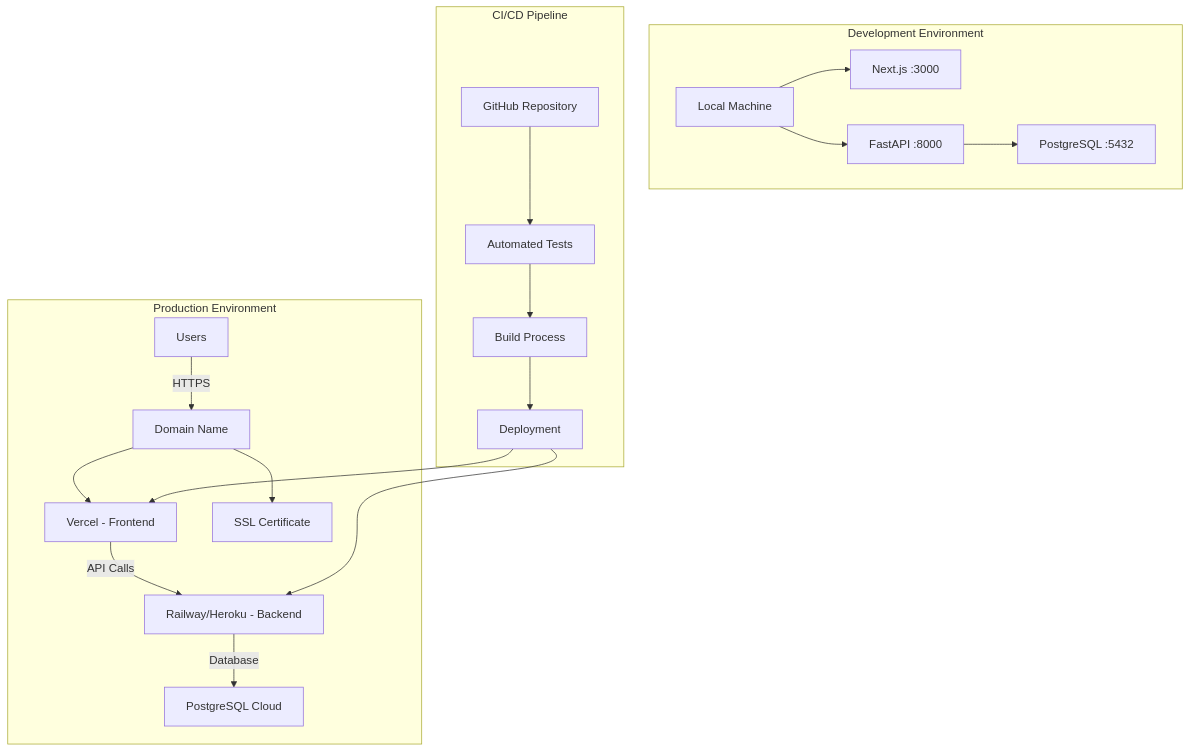
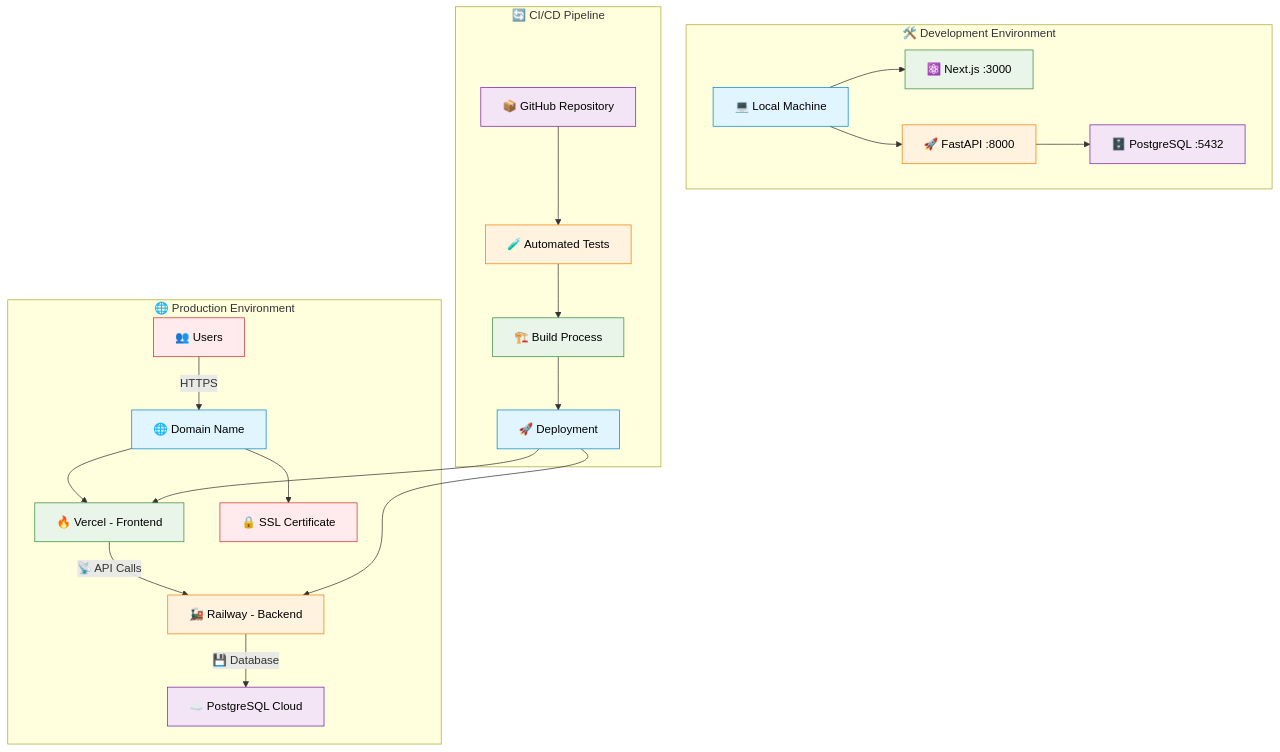
Before and after one commit to merma1509/Portfolio-Website: the fourth of 5 diagrams in README.md, drawn with Mermaid. The commit also changed other lines of this file, not shown here.

Commit message:
Enhance README.md with beautiful colored Mermaid diagrams and ER diagrams

````diff
--- a/README.md
+++ b/README.md
@@ -194,40 +232,56 @@
 ```mermaid
 graph TB
-    subgraph "Development Environment"
-        A1[Local Machine]
-        B1[Next.js :3000]
-        C1[FastAPI :8000]
-        D1[PostgreSQL :5432]
+    subgraph "🛠️ Development Environment"
+        A1[💻 Local Machine]
+        B1[⚛️ Next.js :3000]
+        C1[🚀 FastAPI :8000]
+        D1[🗄️ PostgreSQL :5432]
         A1 --> B1
         A1 --> C1
         C1 --> D1
     end
     
-    subgraph "Production Environment"
-        A2[Users]
-        B2[Vercel - Frontend]
-        C2[Railway/Heroku - Backend]
-        D2[PostgreSQL Cloud]
-        E2[Domain Name]
-        F2[SSL Certificate]
+    subgraph "🌐 Production Environment"
+        A2[👥 Users]
+        B2[🔥 Vercel - Frontend]
+        C2[🚂 Railway - Backend]
+        D2[☁️ PostgreSQL Cloud]
+        E2[🌐 Domain Name]
+        F2[🔒 SSL Certificate]
         
         A2 -->|HTTPS| E2
         E2 --> B2
-        B2 -->|API Calls| C2
-        C2 -->|Database| D2
+        B2 -->|📡 API Calls| C2
+        C2 -->|💾 Database| D2
         E2 --> F2
     end
     
-    subgraph "CI/CD Pipeline"
-        G1[GitHub Repository]
-        G2[Automated Tests]
-        G3[Build Process]
-        G4[Deployment]
+    subgraph "🔄 CI/CD Pipeline"
+        G1[📦 GitHub Repository]
+        G2[🧪 Automated Tests]
+        G3[🏗️ Build Process]
+        G4[🚀 Deployment]
         
         G1 --> G2
         G2 --> G3
         G3 --> G4
         G4 --> B2
         G4 --> C2
     end
+    
+    %% Beautiful color scheme
+    style A1 fill:#E1F5FE,stroke:#0288D1,color:#000
+    style B1 fill:#E8F5E8,stroke:#388E3C,color:#000
+    style C1 fill:#FFF3E0,stroke:#F57C00,color:#000
+    style D1 fill:#F3E5F5,stroke:#7B1FA2,color:#000
+    style A2 fill:#FFEBEE,stroke:#D32F2F,color:#000
+    style B2 fill:#E8F5E8,stroke:#388E3C,color:#000
+    style C2 fill:#FFF3E0,stroke:#F57C00,color:#000
+    style D2 fill:#F3E5F5,stroke:#7B1FA2,color:#000
+    style E2 fill:#E1F5FE,stroke:#0288D1,color:#000
+    style F2 fill:#FFEBEE,stroke:#D32F2F,color:#000
+    style G1 fill:#F3E5F5,stroke:#7B1FA2,color:#000
+    style G2 fill:#FFF3E0,stroke:#F57C00,color:#000
+    style G3 fill:#E8F5E8,stroke:#388E3C,color:#000
+    style G4 fill:#E1F5FE,stroke:#0288D1,color:#000
 ```
````
